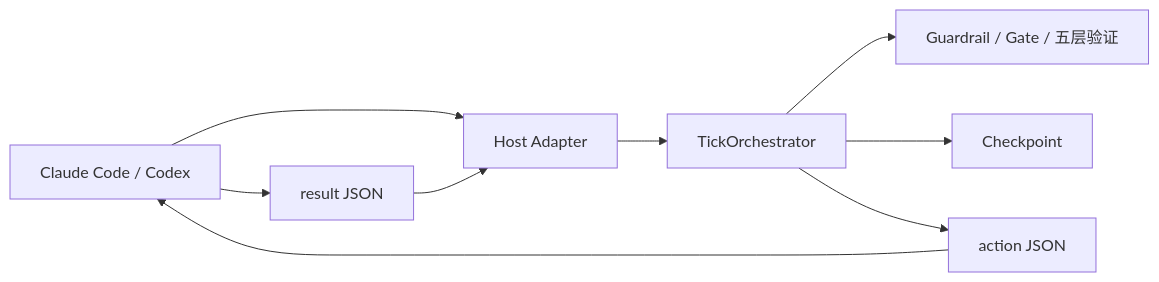
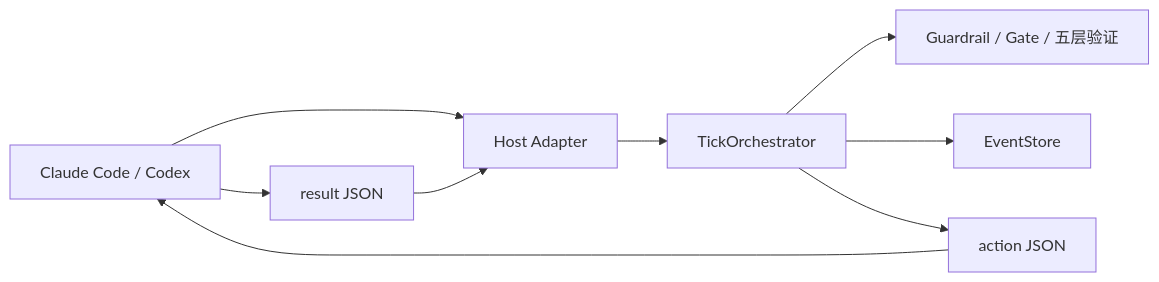
One commit to qianminjian/Auto-engineering changed the diagram in design/v5.6-Design-Loop.md. Above: the diagram before and after it, drawn with Mermaid. The commit also changed other lines of this file and 317 other files, not shown here.

````diff
--- a/design/v5.6-Design-Loop.md
+++ b/design/v5.6-Design-Loop.md
@@ -13,11 +15,11 @@
 ```mermaid
 flowchart LR
   H["Claude Code / Codex"] --> A["Host Adapter"]
   A --> T["TickOrchestrator"]
   T --> G["Guardrail / Gate / 五层验证"]
-  T --> C["Checkpoint"]
+  T --> E["EventStore"]
   T --> O["action JSON"]
   O --> H
   H --> R["result JSON"]
   R --> A
 ```
````
